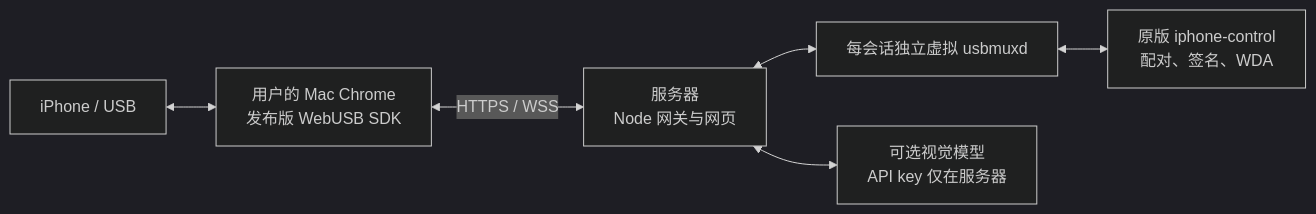
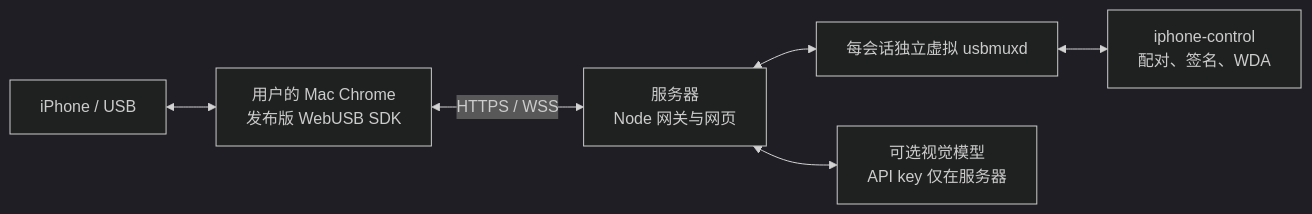
The diagram in browser-control/README.md (cosinec/phone-use), drawn with Mermaid (dark theme) before and after one commit. The commit also changed other lines of this file and 17 other files, not shown here.

````diff
--- a/browser-control/README.md
+++ b/browser-control/README.md
@@ -5,8 +5,8 @@
 ```mermaid
 flowchart LR
   I[iPhone / USB] <--> B[用户的 Mac Chrome\n发布版 WebUSB SDK]
   B <-->|HTTPS / WSS| G[服务器\nNode 网关与网页]
   G <--> M[每会话独立虚拟 usbmuxd]
-  M <--> N[原版 iphone-control\n配对、签名、WDA]
+  M <--> N[iphone-control\n配对、签名、WDA]
   G <--> A[可选视觉模型\nAPI key 仅在服务器]
 ```
````
